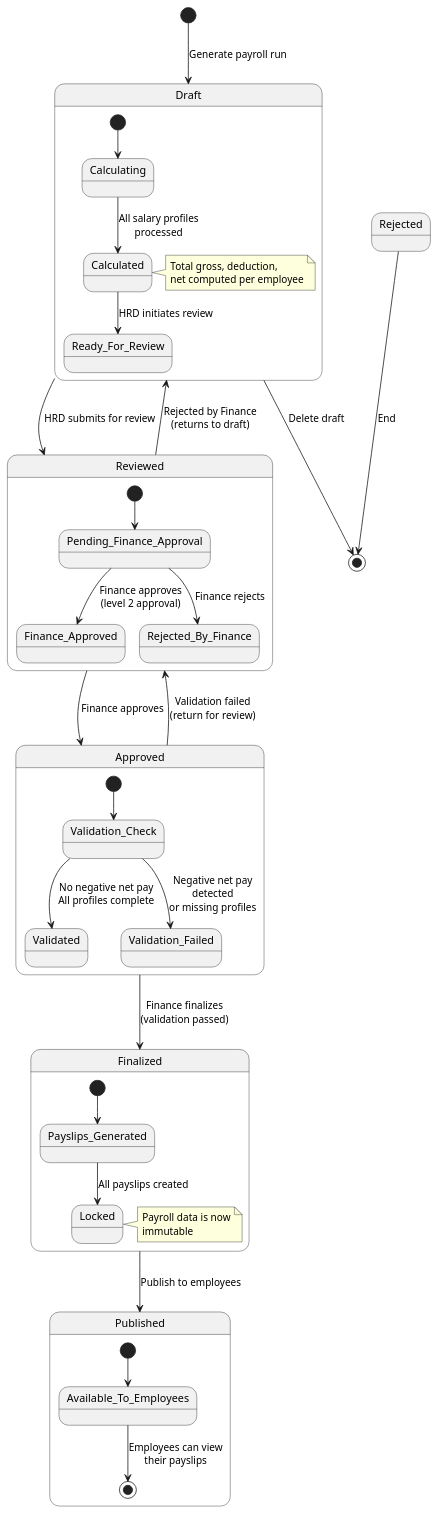
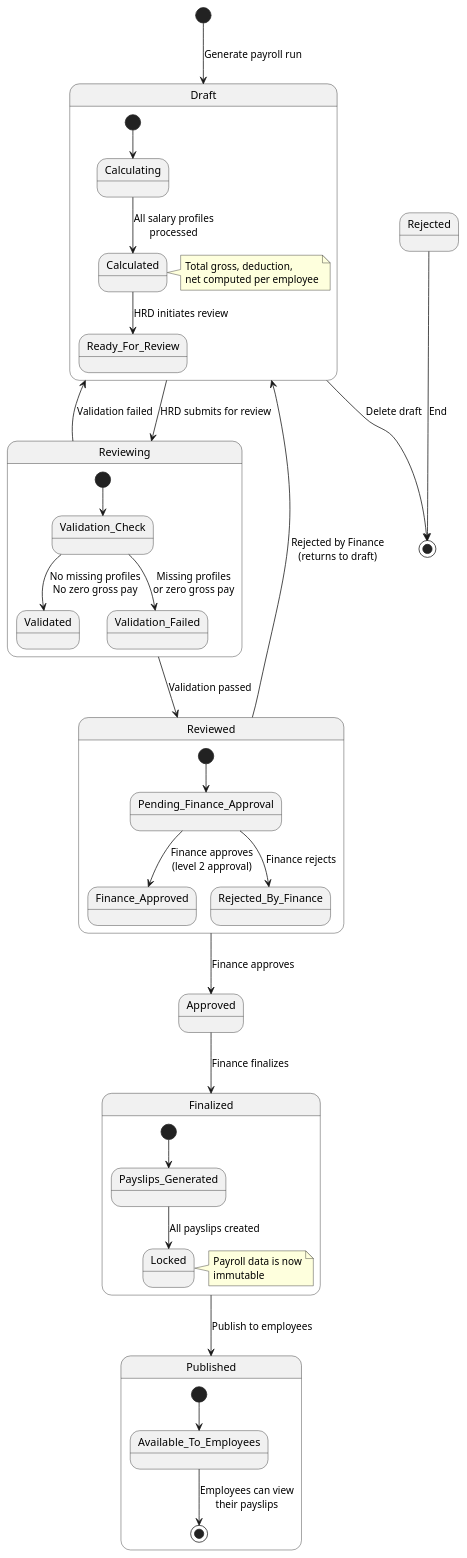
One commit to Rizalibrah08/hris-management-system changed the diagram in docs/08-state-diagram-payroll.puml. Above: the diagram before and after it, drawn with PlantUML. The commit also changed 32 other files, not shown here.

```diff
--- a/docs/08-state-diagram-payroll.puml
+++ b/docs/08-state-diagram-payroll.puml
@@ -1,48 +1,49 @@
 @startuml HRIS_Payroll_State_Diagram
 
 [*] --> Draft : Generate payroll run
 
 state Draft {
   [*] --> Calculating
   Calculating --> Calculated : All salary profiles\nprocessed
   note right of Calculated : Total gross, deduction,\nnet computed per employee
   Calculated --> Ready_For_Review : HRD initiates review
 }
 
-Draft --> Reviewed : HRD submits for review
+state Reviewing {
+  [*] --> Validation_Check
+  Validation_Check --> Validated : No missing profiles\nNo zero gross pay
+  Validation_Check --> Validation_Failed : Missing profiles\nor zero gross pay
+}
+
+Draft --> Reviewing : HRD submits for review
+Reviewing --> Reviewed : Validation passed
+Reviewing --> Draft : Validation failed
 
 state Reviewed {
   [*] --> Pending_Finance_Approval
   Pending_Finance_Approval --> Finance_Approved : Finance approves\n(level 2 approval)
   Pending_Finance_Approval --> Rejected_By_Finance : Finance rejects
 }
 
 Reviewed --> Approved : Finance approves
 Reviewed --> Draft : Rejected by Finance\n(returns to draft)
 
-state Approved {
-  [*] --> Validation_Check
-  Validation_Check --> Validated : No negative net pay\nAll profiles complete
-  Validation_Check --> Validation_Failed : Negative net pay\ndetected\nor missing profiles
-}
-
-Approved --> Finalized : Finance finalizes\n(validation passed)
-Approved --> Reviewed : Validation failed\n(return for review)
+Approved --> Finalized : Finance finalizes
 
 state Finalized {
   [*] --> Payslips_Generated
   Payslips_Generated --> Locked : All payslips created
   note right of Locked : Payroll data is now\nimmutable
 }
 
 Finalized --> Published : Publish to employees
 
 state Published {
   [*] --> Available_To_Employees
   Available_To_Employees --> [*] : Employees can view\ntheir payslips
 }
 
 Rejected --> [*] : End
 Draft --> [*] : Delete draft
 
 @enduml
```
